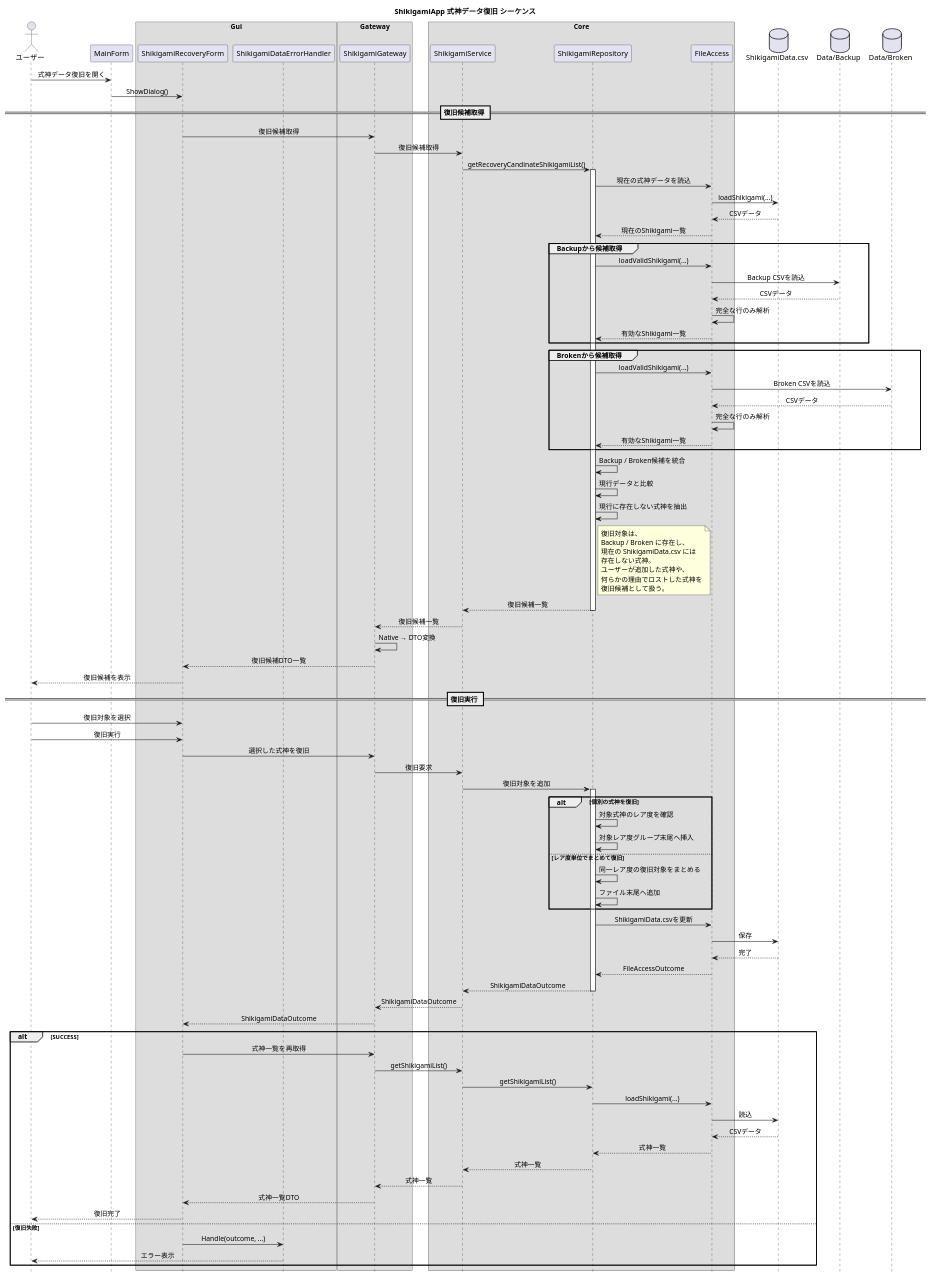
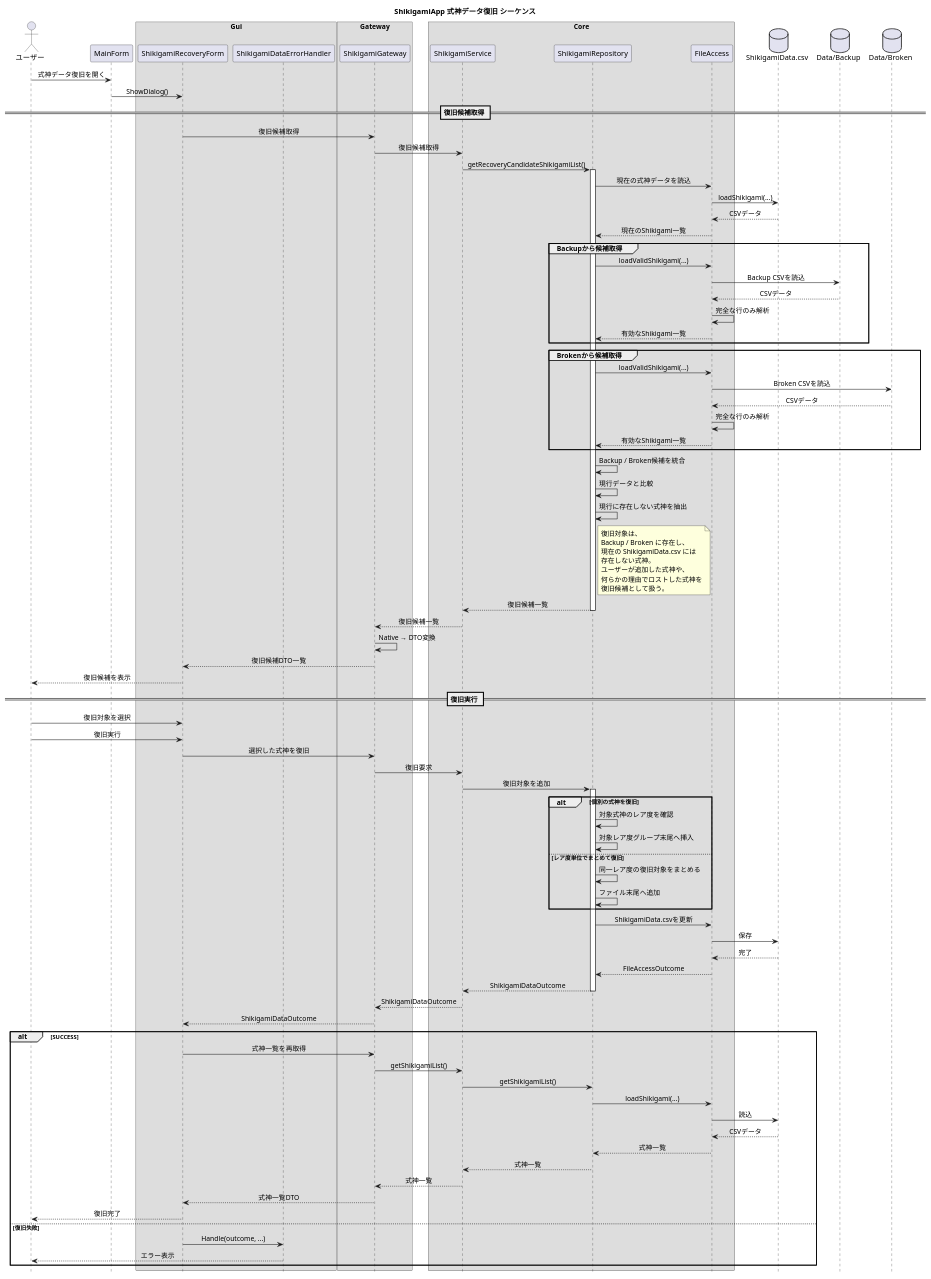
Before and after one commit to Staraptor0398/ShikigamiStatusCalculator: the diagram in Document/ShikigamiApp/Diagram/ShikigamiData/shikigami_recovery_sequence.wsd, drawn with PlantUML. The commit also changed 1 other file, not shown here.

Commit message:
Update shikigami recovery sequence diagram

```diff
--- a/Document/ShikigamiApp/Diagram/ShikigamiData/shikigami_recovery_sequence.wsd
+++ b/Document/ShikigamiApp/Diagram/ShikigamiData/shikigami_recovery_sequence.wsd
@@ -1,132 +1,132 @@
 @startuml
 title ShikigamiApp 式神データ復旧 シーケンス
 
 hide footbox
 skinparam shadowing false
 skinparam sequenceMessageAlign center
 
 actor ユーザー as User
 
 participant MainForm
 
 box "Gui"
    participant "ShikigamiRecoveryForm" as RecoveryForm
    participant "ShikigamiDataErrorHandler" as ErrorHandler
 end box
 
 box "Gateway"
    participant ShikigamiGateway
 end box
 
 box "Core"
    participant ShikigamiService
    participant ShikigamiRepository
    participant FileAccess
 end box
 
 database "ShikigamiData.csv" as CurrentData
 database "Data/Backup" as Backup
 database "Data/Broken" as Broken
 
 User -> MainForm : 式神データ復旧を開く
 
 MainForm -> RecoveryForm : ShowDialog()
 
 == 復旧候補取得 ==
 RecoveryForm -> ShikigamiGateway : 復旧候補取得
 ShikigamiGateway -> ShikigamiService : 復旧候補取得
-ShikigamiService -> ShikigamiRepository : getRecoveryCandinateShikigamiList()
+ShikigamiService -> ShikigamiRepository : getRecoveryCandidateShikigamiList()
 
 activate ShikigamiRepository
 
 ShikigamiRepository -> FileAccess : 現在の式神データを読込
 FileAccess -> CurrentData : loadShikigami(...)
 CurrentData --> FileAccess : CSVデータ
 FileAccess --> ShikigamiRepository : 現在のShikigami一覧
 
 group Backupから候補取得
    ShikigamiRepository -> FileAccess : loadValidShikigami(...)
    FileAccess -> Backup : Backup CSVを読込
    Backup --> FileAccess : CSVデータ
    FileAccess -> FileAccess : 完全な行のみ解析
    FileAccess --> ShikigamiRepository : 有効なShikigami一覧
 end
 
 group Brokenから候補取得
    ShikigamiRepository -> FileAccess : loadValidShikigami(...)
    FileAccess -> Broken : Broken CSVを読込
    Broken --> FileAccess : CSVデータ
    FileAccess -> FileAccess : 完全な行のみ解析
    FileAccess --> ShikigamiRepository : 有効なShikigami一覧
 end
 
 ShikigamiRepository -> ShikigamiRepository : Backup / Broken候補を統合
 ShikigamiRepository -> ShikigamiRepository : 現行データと比較
 ShikigamiRepository -> ShikigamiRepository : 現行に存在しない式神を抽出
 
 note right of ShikigamiRepository
 復旧対象は、
 Backup / Broken に存在し、
 現在の ShikigamiData.csv には
 存在しない式神。
 ユーザーが追加した式神や、
 何らかの理由でロストした式神を
 復旧候補として扱う。
 end note
 
 ShikigamiRepository --> ShikigamiService : 復旧候補一覧
 
 deactivate ShikigamiRepository
 
 ShikigamiService --> ShikigamiGateway : 復旧候補一覧
 ShikigamiGateway -> ShikigamiGateway : Native → DTO変換
 ShikigamiGateway --> RecoveryForm : 復旧候補DTO一覧
 RecoveryForm --> User : 復旧候補を表示
 
 == 復旧実行 ==
 User -> RecoveryForm : 復旧対象を選択
 User -> RecoveryForm : 復旧実行
 
 RecoveryForm -> ShikigamiGateway : 選択した式神を復旧
 ShikigamiGateway -> ShikigamiService : 復旧要求
 ShikigamiService -> ShikigamiRepository : 復旧対象を追加
 
 activate ShikigamiRepository
 
 alt 個別の式神を復旧
    ShikigamiRepository -> ShikigamiRepository : 対象式神のレア度を確認
    ShikigamiRepository -> ShikigamiRepository : 対象レア度グループ末尾へ挿入
 else レア度単位でまとめて復旧
    ShikigamiRepository -> ShikigamiRepository : 同一レア度の復旧対象をまとめる
    ShikigamiRepository -> ShikigamiRepository : ファイル末尾へ追加
 end
 
 ShikigamiRepository -> FileAccess : ShikigamiData.csvを更新
 FileAccess -> CurrentData : 保存
 CurrentData --> FileAccess : 完了
 FileAccess --> ShikigamiRepository : FileAccessOutcome
 ShikigamiRepository --> ShikigamiService : ShikigamiDataOutcome
 
 deactivate ShikigamiRepository
 
 ShikigamiService --> ShikigamiGateway : ShikigamiDataOutcome
 ShikigamiGateway --> RecoveryForm : ShikigamiDataOutcome
 
 alt SUCCESS
    RecoveryForm -> ShikigamiGateway : 式神一覧を再取得
    ShikigamiGateway -> ShikigamiService : getShikigamiList()
    ShikigamiService -> ShikigamiRepository : getShikigamiList()
    ShikigamiRepository -> FileAccess : loadShikigami(...)
    FileAccess -> CurrentData : 読込
    CurrentData --> FileAccess : CSVデータ
    FileAccess --> ShikigamiRepository : 式神一覧
    ShikigamiRepository --> ShikigamiService : 式神一覧
    ShikigamiService --> ShikigamiGateway : 式神一覧
    ShikigamiGateway --> RecoveryForm : 式神一覧DTO
    RecoveryForm --> User : 復旧完了
 else 復旧失敗
    RecoveryForm -> ErrorHandler : Handle(outcome, ...)
    ErrorHandler --> User : エラー表示
 end
 
 @enduml
```
